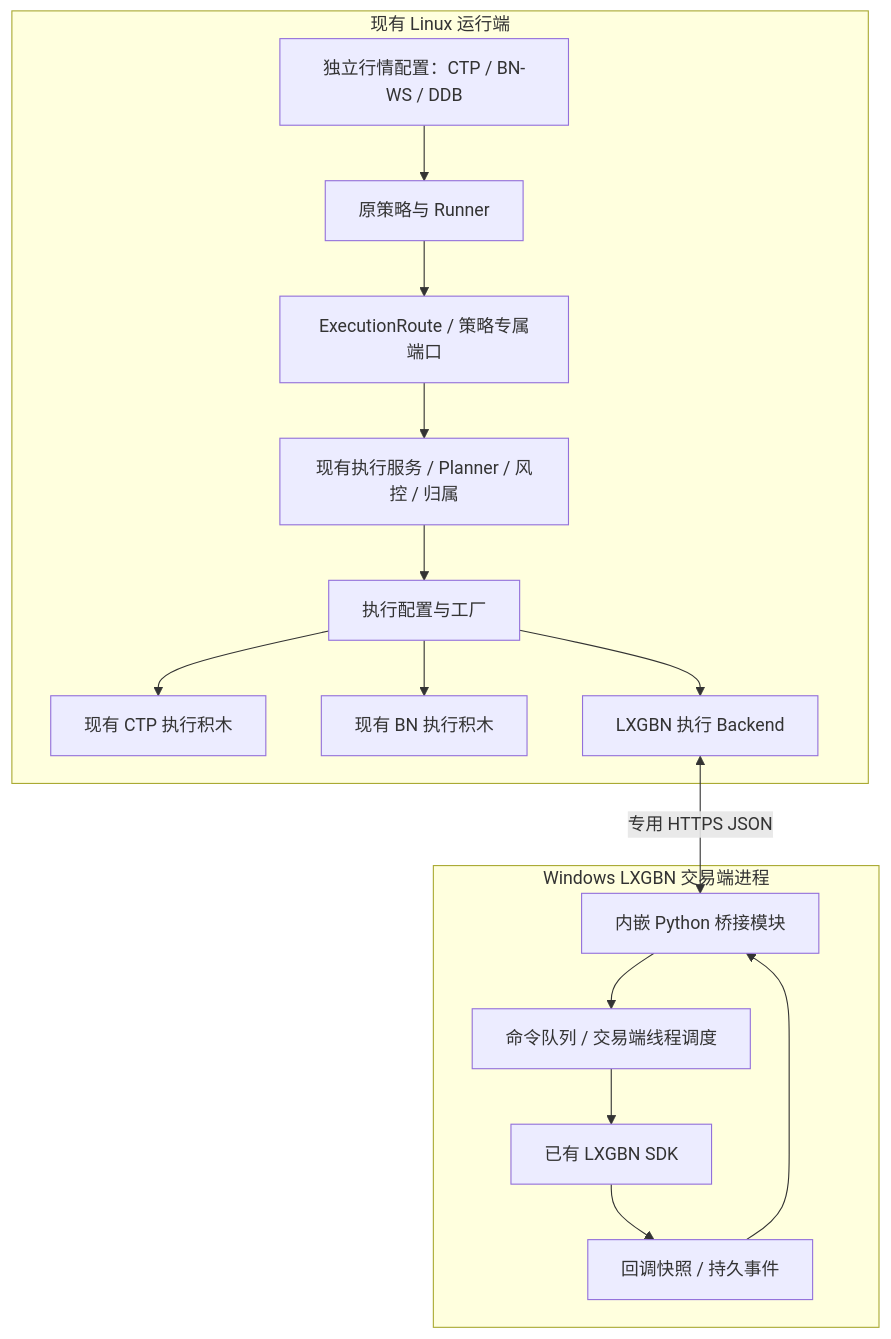
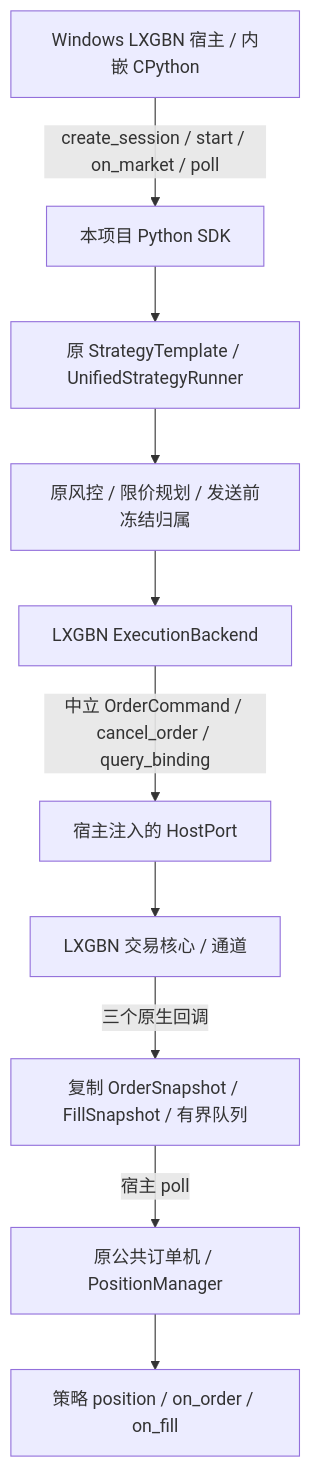
One commit to flaght/bntemp changed the diagram in doc/architecture/M02_EXECUTION_CLIENT_DESIGN_2026-10-19.md. Above: the diagram before and after it, drawn with Mermaid. The commit also changed other lines of this file and 17 other files, not shown here.

````diff
--- a/doc/architecture/M02_EXECUTION_CLIENT_DESIGN_2026-10-19.md
+++ b/doc/architecture/M02_EXECUTION_CLIENT_DESIGN_2026-10-19.md
@@ -36,19 +21,12 @@
 ```mermaid
-flowchart TB
-    subgraph L[现有 Linux 运行端]
-        MD[独立行情配置：CTP / BN-WS / DDB] --> S[原策略与 Runner]
-        S --> R[ExecutionRoute / 策略专属端口]
-        R --> A[现有执行服务 / Planner / 风控 / 归属]
-        A --> F[执行配置与工厂]
-        F --> C[现有 CTP 执行积木]
-        F --> B[现有 BN 执行积木]
-        F --> X[LXGBN 执行 Backend]
-    end
-    subgraph W[Windows LXGBN 交易端进程]
-        H[内嵌 Python 桥接模块] --> Q[命令队列 / 交易端线程调度]
-        Q --> SDK[已有 LXGBN SDK]
-        SDK --> E[回调快照 / 持久事件]
-        E --> H
-    end
-    X <-->|专用 HTTPS JSON| H
+flowchart TD
+    H[Windows LXGBN 宿主 / 内嵌 CPython] -->|create_session / start / on_market / poll| SDK[本项目 Python SDK]
+    SDK --> R[原 StrategyTemplate / UnifiedStrategyRunner]
+    R --> P[原风控 / 限价规划 / 发送前冻结归属]
+    P --> B[LXGBN ExecutionBackend]
+    B -->|中立 OrderCommand / cancel_order / query_binding| HP[宿主注入的 HostPort]
+    HP --> X[LXGBN 交易核心 / 通道]
+    X -->|三个原生回调| Q[复制 OrderSnapshot / FillSnapshot / 有界队列]
+    Q -->|宿主 poll| O[原公共订单机 / PositionManager]
+    O --> S[策略 position / on_order / on_fill]
 ```
````
